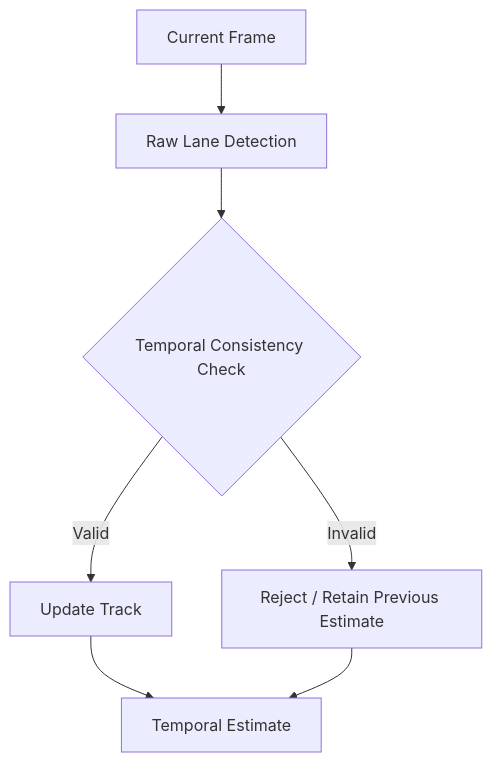
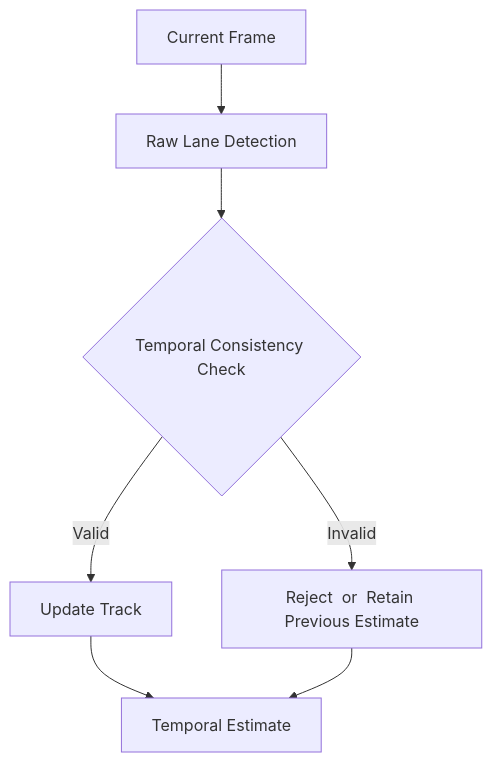
The fifth of 19 diagrams in README.md (GauravR2012/ros2-adas-perception-stack), drawn with Mermaid before and after one commit. The commit also changed other lines of this file, not shown here.

````diff
--- a/README.md
+++ b/README.md
@@ -267,9 +267,9 @@
 ```mermaid
 flowchart TD
-    A[Current Frame] --> B[Raw Lane Detection]
-    B --> C{Temporal Consistency Check}
-    C -->|Valid| D[Update Track]
-    C -->|Invalid| E[Reject / Retain Previous Estimate]
-    D --> F[Temporal Estimate]
+    A["Current Frame"] --> B["Raw Lane Detection"]
+    B --> C{"Temporal Consistency Check"}
+    C -->|"Valid"| D["Update Track"]
+    C -->|"Invalid"| E["Reject  or  Retain Previous Estimate"]
+    D --> F["Temporal Estimate"]
     E --> F
 ```
````
